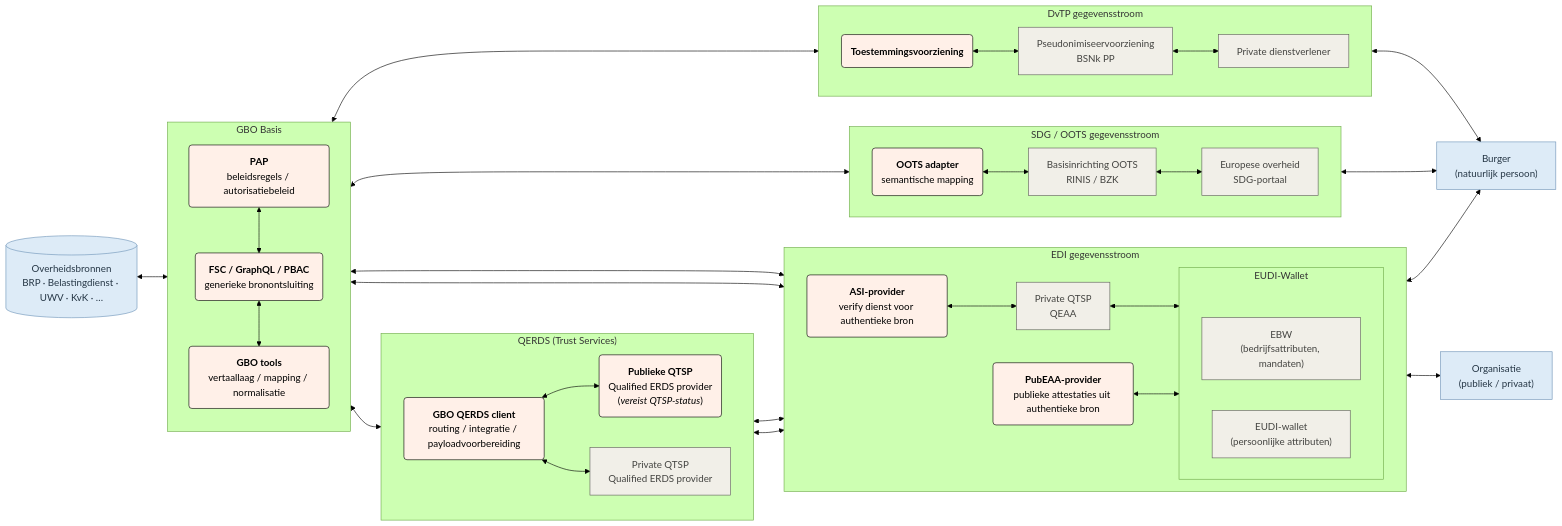
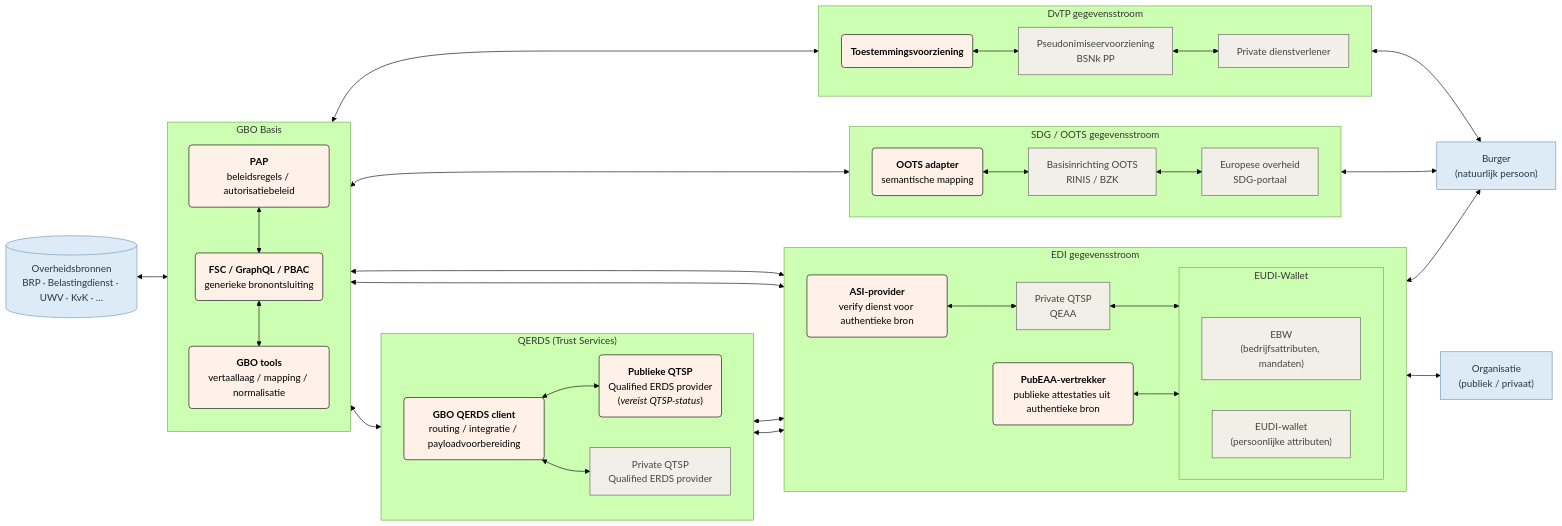
The diagram in docs/diagrammen/gbo_swimlanes_qerds_uitgebreid.mmd (ICTU/GBO-PSA), drawn with Mermaid (forest theme) before and after one commit. The commit also changed 18 other files, not shown here.

```diff
--- a/docs/diagrammen/gbo_swimlanes_qerds_uitgebreid.mmd
+++ b/docs/diagrammen/gbo_swimlanes_qerds_uitgebreid.mmd
@@ -1,111 +1,111 @@
 flowchart LR
   %% =========================================================
   %% GBO als gemeenschappelijke bronontsluiting voor meerdere
   %% gegevensstromen. QERDS is bewust apart gemodelleerd als
   %% eIDAS trust-service route, naast wallet/attestation flows.
   %% =========================================================
 
   bron[("Overheidsbronnen<br/>BRP · Belastingdienst · UWV · KvK · …")]
   burger["Burger<br/>(natuurlijk persoon)"]
   organisatie["Organisatie<br/>(publiek / privaat)"]
 
 %%  subgraph legenda["Legenda / ontwerpduiding"]
 %%    direction TB
 %%    leg_qtsp["Alleen QERDS als de dienst door een QTSP wordt geleverd"]
 %%    leg_qerds["QERDS message flow<br/>system-mediated · bewijs van verzending/ontvangst · eIDAS trust service"]
 %%    leg_wallet["Wallet / attestation flow<br/>user-mediated · EAA / PubEAA / QEAA"]
 %%  end
 
   subgraph gbo["GBO Basis"]
     direction TB
     fsc_pap("<strong>PAP</strong><br/>beleidsregels / autorisatiebeleid<strong>")
     fsc("<strong>FSC / GraphQL / PBAC</strong><br/>generieke bronontsluiting")
     fsc_tools("<strong>GBO tools</strong><br/>vertaallaag / mapping / normalisatie")
   end
 
   subgraph qerds["QERDS (Trust Services)"]
     direction LR
     qerds_client("<strong>GBO QERDS client</strong><br/>routing / integratie / payloadvoorbereiding")
     qerds_public("<strong>Publieke QTSP</strong><br/>Qualified ERDS provider<br/>(<i>vereist QTSP-status</i>)")
     qerds_private["Private QTSP<br/>Qualified ERDS provider"]
 %%    qerds_nonqualified["Optioneel: secure delivery service<br/><i>niet-gekwalificeerd; geen QERDS</i>"]
   end
 
   subgraph eudi["EDI gegevensstroom"]
     direction LR
     eudi_asi("<strong>ASI-provider</strong><br/>verify dienst voor authentieke bron")
-    eudi_pubeaa("<strong>PubEAA-provider</strong><br/>publieke attestaties uit authentieke bron")
+    eudi_pubeaa("<strong>PubEAA-vertrekker</strong><br/>publieke attestaties uit authentieke bron")
     eudi_qeaa["Private QTSP<br/>QEAA"]
     subgraph wallet["EUDI-Wallet"]
       eudi_ebw["EBW<br/>(bedrijfsattributen, mandaten)"]
       eudi_wallet_burger["EUDI-wallet<br/>(persoonlijke attributen)"]
     end
   end
 
   subgraph oots["SDG / OOTS gegevensstroom"]
     direction LR
     oots_adapter("<strong>OOTS adapter</strong><br/>semantische mapping")
     oots_basis["Basisinrichting OOTS<br/>RINIS / BZK"]
     oots_afnemer["Europese overheid<br/>SDG-portaal"]
   end
 
   subgraph dvtp["DvTP gegevensstroom"]
     direction LR
     dvtp_toestemming("<strong>Toestemmingsvoorziening</strong>")
     dvtp_pseudoniem["Pseudonimiseervoorziening<br/>BSNk PP"]
     dvtp_afnemer["Private dienstverlener"]
   end
 
   %% GBO-kern
   bron <--> gbo
   fsc_pap <--> fsc
   fsc <--> fsc_tools
 
   %% QERDS registered delivery flow voor EBW/formele berichten
   gbo <--> qerds_client
   qerds_client <--> qerds_public
   qerds_client <--> qerds_private
   qerds_public <--> eudi_ebw
   qerds_private <--> eudi_ebw
 
   %% Wallet / attestation flows
   gbo <--> eudi_asi <--> eudi_qeaa <--> wallet
   gbo <--> eudi_pubeaa <--> wallet
   eudi_ebw <--> organisatie
   eudi_wallet_burger <--> burger
 
   %% Overige gegevensstromen
   gbo <--> oots_adapter
   oots_adapter <--> oots_basis
   oots_basis <--> oots_afnemer
   oots_afnemer <--> burger
 
   gbo <--> dvtp_toestemming
   dvtp_toestemming <--> dvtp_pseudoniem
   dvtp_pseudoniem <--> dvtp_afnemer
   dvtp_afnemer <--> burger
 
   %% Duiding
 %%  leg_wallet -. duidt .-> eudi_wallet
 %%  leg_qerds -. duidt .-> qerds_client
 %%  leg_qtsp -. duidt .-> qerds_private
 %%  leg_qtsp -. duidt .-> qerds_public
 
   %% Styling
   class bron,burger,organisatie actor
   class fsc_pap,fsc,fsc_tools,eudi_asi,eudi_pubeaa,ebw_asi,ebw_pubeaa,qerds_client,oots_adapter,dvtp_toestemming,qerds_public gboStyle
   class eudi_qeaa,eudi_wallet,eudi_wallet_burger,eudi_ebw walletStyle
   class qerds_private trustStyle
   class qerds_nonqualified warningStyle
   class oots_basis,oots_afnemer ootsStyle
   class dvtp_pseudoniem,dvtp_afnemer dvtpStyle
   class legenda,leg_wallet,leg_qerds,leg_qtsp legendStyle
 
   classDef actor fill:#DDEBF7,stroke:#6F94B8,color:#263746
   classDef gboStyle fill:#fff0e8,stroke:#000000,color:#000000
   classDef walletStyle fill:#f1efe8,stroke:#5f5e5a,color:#444441
   classDef trustStyle fill:#f1efe8,stroke:#5f5e5a,color:#444441
   classDef warningStyle fill:#fff7d6,stroke:#b58b00,color:#5f4600,stroke-dasharray: 5 5
   classDef ootsStyle fill:#f1efe8,stroke:#5f5e5a,color:#444441
   classDef dvtpStyle fill:#f1efe8,stroke:#5f5e5a,color:#444441
   classDef legendStyle fill:#ffffff,stroke:#999999,color:#333333,stroke-dasharray: 3 3
```
